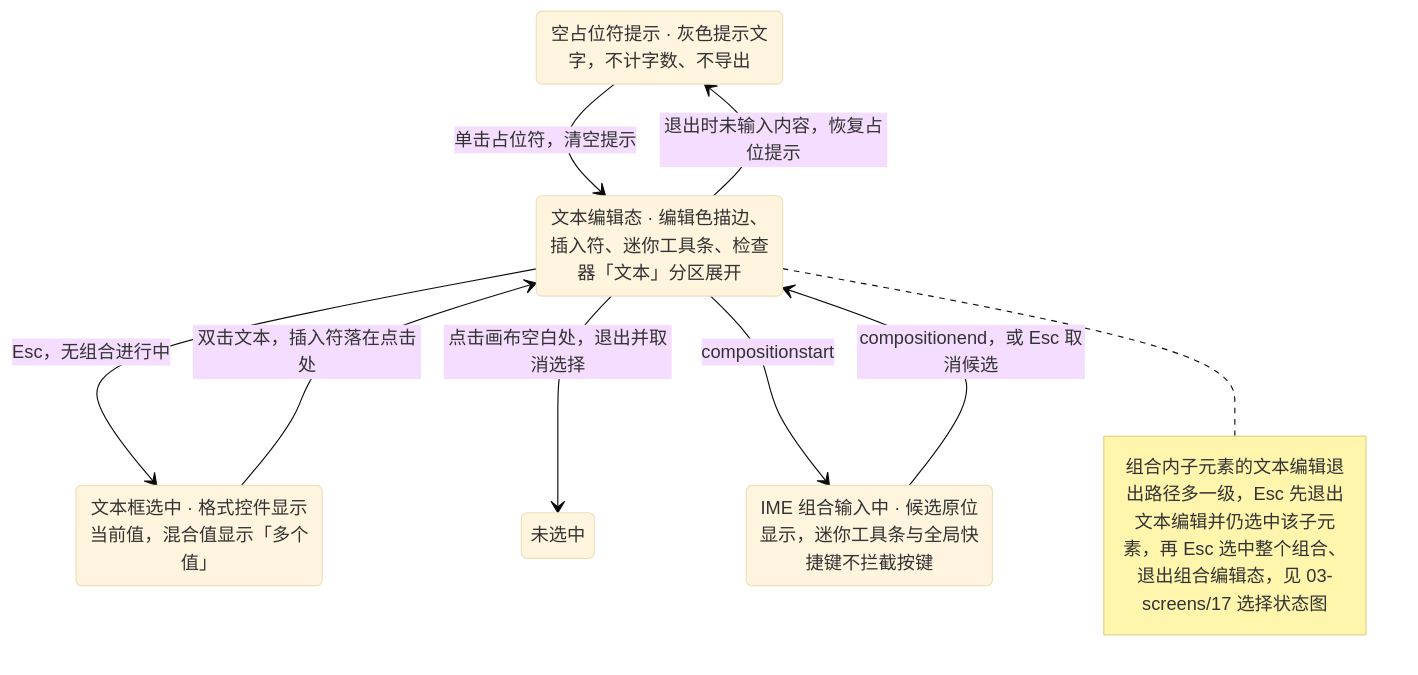
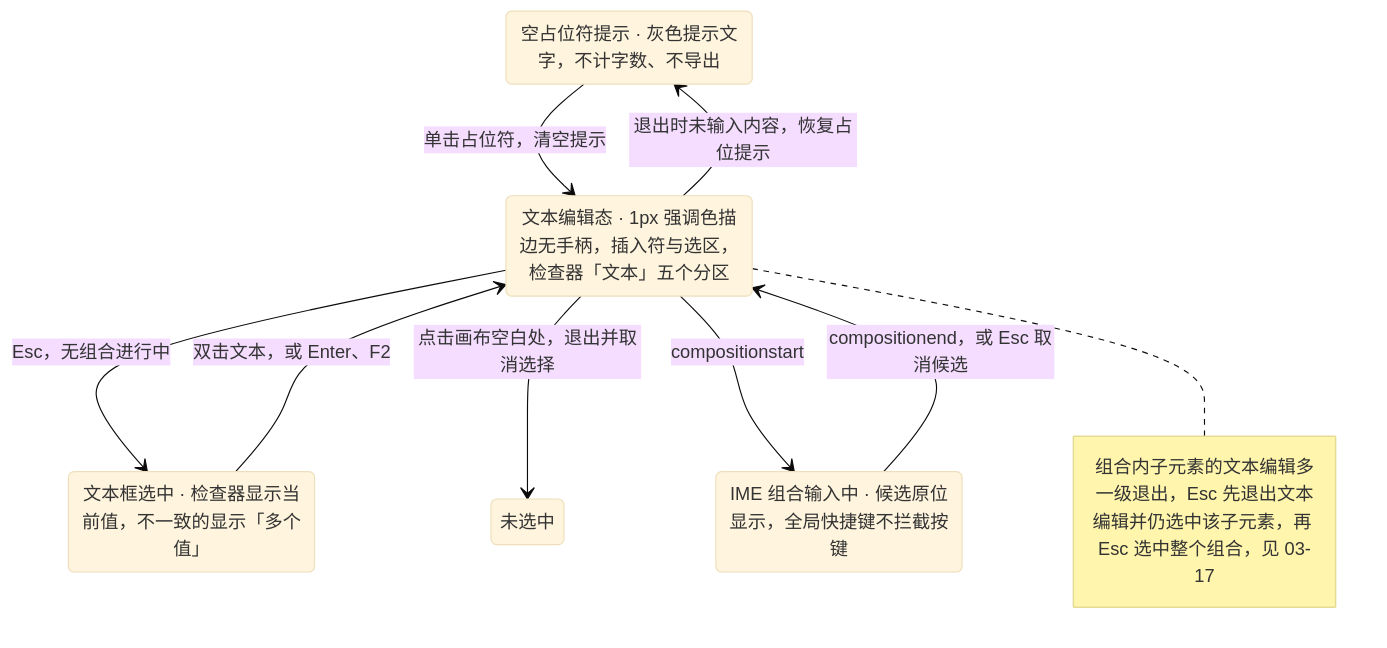
The first of 6 diagrams in docs/20-design/03-screens/16-text-editing-and-formatting.md (Xeonice/cordis-ppt-editor), drawn with Mermaid (base theme) before and after one commit. The commit also changed other lines of this file and 44 other files, not shown here.

````diff
--- a/docs/20-design/03-screens/16-text-editing-and-formatting.md
+++ b/docs/20-design/03-screens/16-text-editing-and-formatting.md
@@ -79,16 +157,16 @@
 ```mermaid
 stateDiagram-v2
   state "空占位符提示 · 灰色提示文字，不计字数、不导出" as hint
-  state "文本框选中 · 格式控件显示当前值，混合值显示「多个值」" as selected
-  state "文本编辑态 · 编辑色描边、插入符、迷你工具条、检查器「文本」分区展开" as editing
+  state "文本框选中 · 检查器显示当前值，不一致的显示「多个值」" as selected
+  state "文本编辑态 · 1px 强调色描边无手柄，插入符与选区，检查器「文本」五个分区" as editing
   state "未选中" as none
-  state "IME 组合输入中 · 候选原位显示，迷你工具条与全局快捷键不拦截按键" as ime
+  state "IME 组合输入中 · 候选原位显示，全局快捷键不拦截按键" as ime
   hint --> editing : 单击占位符，清空提示
-  selected --> editing : 双击文本，插入符落在点击处
+  selected --> editing : 双击文本，或 Enter、F2
   editing --> ime : compositionstart
   ime --> editing : compositionend，或 Esc 取消候选
   editing --> selected : Esc，无组合进行中
   editing --> none : 点击画布空白处，退出并取消选择
   editing --> hint : 退出时未输入内容，恢复占位提示
-  note right of editing : 组合内子元素的文本编辑退出路径多一级，Esc 先退出文本编辑并仍选中该子元素，再 Esc 选中整个组合、退出组合编辑态，见 03-screens/17 选择状态图
+  note right of editing : 组合内子元素的文本编辑多一级退出，Esc 先退出文本编辑并仍选中该子元素，再 Esc 选中整个组合，见 03-17
 ```
````
